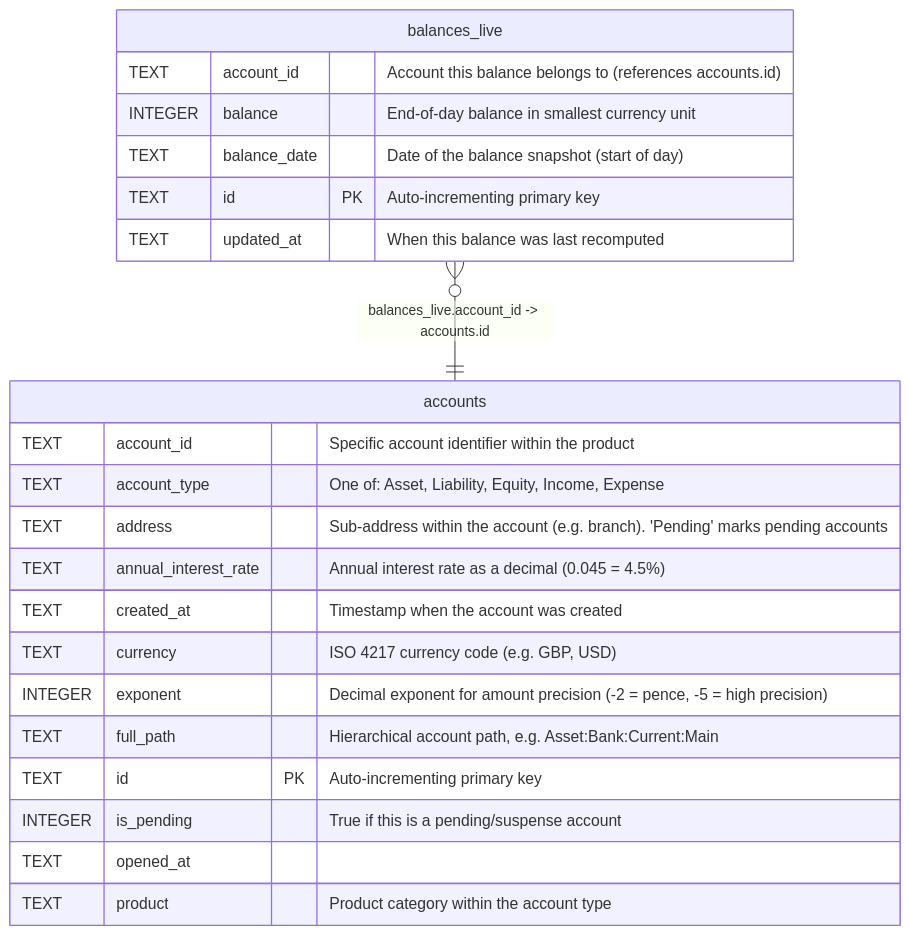
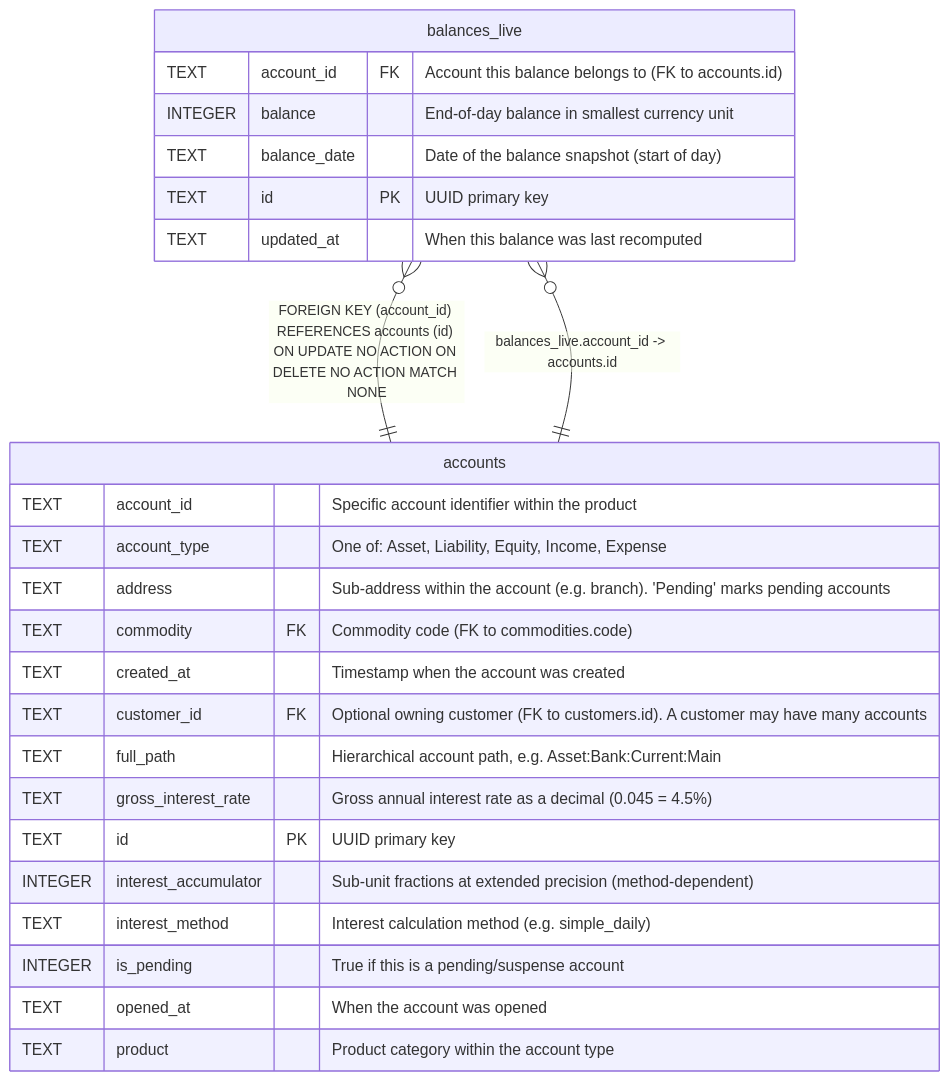
One commit to drummonds/go-luca changed the diagram in docs/schema/balances_live.md. Above: the diagram before and after it, drawn with Mermaid. The commit also changed other lines of this file and 42 other files, not shown here.

Commit message:
Reorganising schema

````diff
--- a/docs/schema/balances_live.md
+++ b/docs/schema/balances_live.md
@@ -49,27 +50,30 @@
 ```mermaid
 erDiagram
 
+"balances_live" }o--|| "accounts" : "FOREIGN KEY (account_id) REFERENCES accounts (id) ON UPDATE NO ACTION ON DELETE NO ACTION MATCH NONE"
 "balances_live" }o--|| "accounts" : "balances_live.account_id -> accounts.id"
 
 "balances_live" {
-  TEXT account_id "Account this balance belongs to (references accounts.id)"
+  TEXT account_id FK "Account this balance belongs to (FK to accounts.id)"
   INTEGER balance "End-of-day balance in smallest currency unit"
   TEXT balance_date "Date of the balance snapshot (start of day)"
-  TEXT id PK "Auto-incrementing primary key"
+  TEXT id PK "UUID primary key"
   TEXT updated_at "When this balance was last recomputed"
 }
 "accounts" {
   TEXT account_id "Specific account identifier within the product"
   TEXT account_type "One of: Asset, Liability, Equity, Income, Expense"
   TEXT address "Sub-address within the account (e.g. branch). 'Pending' marks pending accounts"
-  TEXT annual_interest_rate "Annual interest rate as a decimal (0.045 = 4.5%)"
+  TEXT commodity FK "Commodity code (FK to commodities.code)"
   TEXT created_at "Timestamp when the account was created"
-  TEXT currency "ISO 4217 currency code (e.g. GBP, USD)"
-  INTEGER exponent "Decimal exponent for amount precision (-2 = pence, -5 = high precision)"
+  TEXT customer_id FK "Optional owning customer (FK to customers.id). A customer may have many accounts"
   TEXT full_path "Hierarchical account path, e.g. Asset:Bank:Current:Main"
-  TEXT id PK "Auto-incrementing primary key"
+  TEXT gross_interest_rate "Gross annual interest rate as a decimal (0.045 = 4.5%)"
+  TEXT id PK "UUID primary key"
+  INTEGER interest_accumulator "Sub-unit fractions at extended precision (method-dependent)"
+  TEXT interest_method "Interest calculation method (e.g. simple_daily)"
   INTEGER is_pending "True if this is a pending/suspense account"
-  TEXT opened_at ""
+  TEXT opened_at "When the account was opened"
   TEXT product "Product category within the account type"
 }
 ```
````
